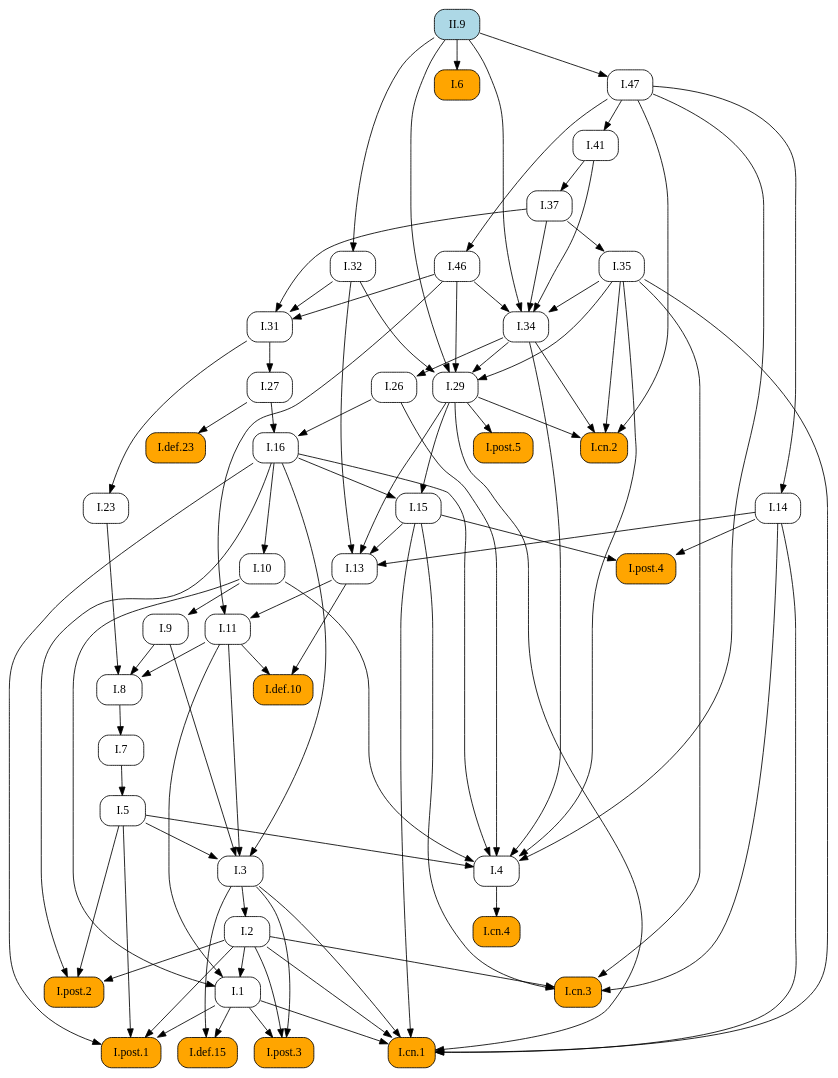
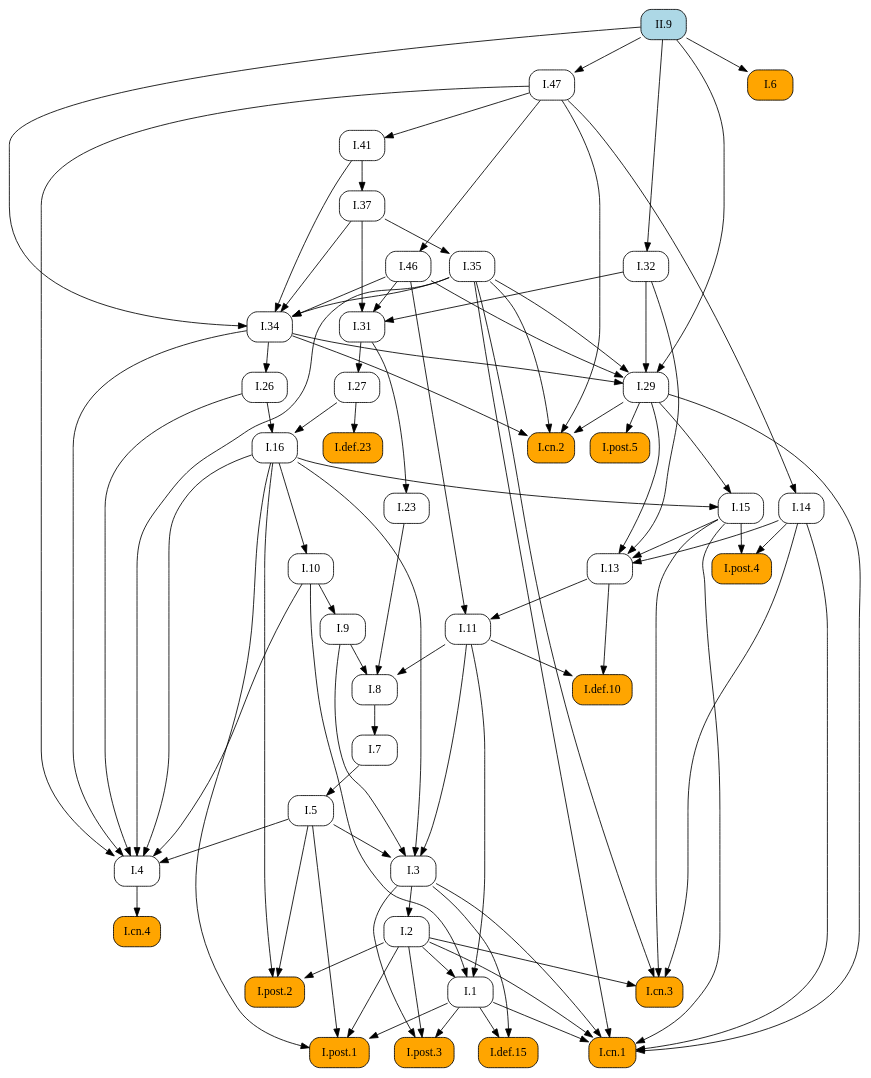
The diagram in docsrc/elements2/II/9/index.rst (geometor/elements), drawn with Graphviz before and after one commit. The commit also changed other lines of this file and 409 other files, not shown here.

First line of the commit message:
feat: Add image cropping and graphic extraction script

```diff
--- a/docsrc/elements2/II/9/index.rst
+++ b/docsrc/elements2/II/9/index.rst
@@ -130,92 +130,59 @@
    digraph {
      rankdir="TB";
      node [shape=box, style=rounded];
+     "I.37" [URL="/elements2/I/37/", target="_top"];
+     "I.31" [URL="/elements2/I/31/", target="_top"];
+     "I.41" [URL="/elements2/I/41/", target="_top"];
      "I.8" [URL="/elements2/I/8/", target="_top"];
+     "I.15" [URL="/elements2/I/15/", target="_top"];
+     "I.47" [URL="/elements2/I/47/", target="_top"];
+     "I.5" [URL="/elements2/I/5/", target="_top"];
+     "II.9" [style="rounded,filled", fillcolor=lightblue, URL="/elements2/II/9/", target="_top"];
+     "I.26" [URL="/elements2/I/26/", target="_top"];
+     "I.cn.1" [style="rounded,filled", fillcolor=orange, URL="/elements2/I/cn.1/", target="_top"];
      "I.32" [URL="/elements2/I/32/", target="_top"];
+     "I.7" [URL="/elements2/I/7/", target="_top"];
+     "I.23" [URL="/elements2/I/23/", target="_top"];
+     "I.16" [URL="/elements2/I/16/", target="_top"];
+     "I.35" [URL="/elements2/I/35/", target="_top"];
+     "I.34" [URL="/elements2/I/34/", target="_top"];
+     "I.6" [style="rounded,filled", fillcolor=orange, URL="/elements2/I/6/", target="_top"];
+     "I.def.15" [style="rounded,filled", fillcolor=orange, URL="/elements2/I/def.15/", target="_top"];
      "I.46" [URL="/elements2/I/46/", target="_top"];
-     "I.47" [URL="/elements2/I/47/", target="_top"];
+     "I.def.10" [style="rounded,filled", fillcolor=orange, URL="/elements2/I/def.10/", target="_top"];
+     "I.11" [URL="/elements2/I/11/", target="_top"];
+     "I.post.4" [style="rounded,filled", fillcolor=orange, URL="/elements2/I/post.4/", target="_top"];
+     "I.def.23" [style="rounded,filled", fillcolor=orange, URL="/elements2/I/def.23/", target="_top"];
+     "I.post.5" [style="rounded,filled", fillcolor=orange, URL="/elements2/I/post.5/", target="_top"];
+     "I.3" [URL="/elements2/I/3/", target="_top"];
      "I.14" [URL="/elements2/I/14/", target="_top"];
+     "I.10" [URL="/elements2/I/10/", target="_top"];
+     "I.cn.3" [style="rounded,filled", fillcolor=orange, URL="/elements2/I/cn.3/", target="_top"];
+     "I.13" [URL="/elements2/I/13/", target="_top"];
+     "I.4" [URL="/elements2/I/4/", target="_top"];
+     "I.post.3" [style="rounded,filled", fillcolor=orange, URL="/elements2/I/post.3/", target="_top"];
+     "I.9" [URL="/elements2/I/9/", target="_top"];
+     "I.29" [URL="/elements2/I/29/", target="_top"];
      "I.post.1" [style="rounded,filled", fillcolor=orange, URL="/elements2/I/post.1/", target="_top"];
-     "I.5" [URL="/elements2/I/5/", target="_top"];
-     "I.post.5" [style="rounded,filled", fillcolor=orange, URL="/elements2/I/post.5/", target="_top"];
-     "I.def.10" [style="rounded,filled", fillcolor=orange, URL="/elements2/I/def.10/", target="_top"];
-     "I.cn.2" [style="rounded,filled", fillcolor=orange, URL="/elements2/I/cn.2/", target="_top"];
-     "I.def.15" [style="rounded,filled", fillcolor=orange, URL="/elements2/I/def.15/", target="_top"];
-     "I.31" [URL="/elements2/I/31/", target="_top"];
-     "I.11" [URL="/elements2/I/11/", target="_top"];
-     "I.3" [URL="/elements2/I/3/", target="_top"];
-     "I.def.23" [style="rounded,filled", fillcolor=orange, URL="/elements2/I/def.23/", target="_top"];
-     "I.post.2" [style="rounded,filled", fillcolor=orange, URL="/elements2/I/post.2/", target="_top"];
-     "I.6" [style="rounded,filled", fillcolor=orange, URL="/elements2/I/6/", target="_top"];
-     "I.26" [URL="/elements2/I/26/", target="_top"];
-     "I.cn.3" [style="rounded,filled", fillcolor=orange, URL="/elements2/I/cn.3/", target="_top"];
-     "I.cn.4" [style="rounded,filled", fillcolor=orange, URL="/elements2/I/cn.4/", target="_top"];
-     "I.1" [URL="/elements2/I/1/", target="_top"];
-     "I.7" [URL="/elements2/I/7/", target="_top"];
-     "I.9" [URL="/elements2/I/9/", target="_top"];
-     "II.9" [style="rounded,filled", fillcolor=lightblue, URL="/elements2/II/9/", target="_top"];
-     "I.cn.1" [style="rounded,filled", fillcolor=orange, URL="/elements2/I/cn.1/", target="_top"];
-     "I.29" [URL="/elements2/I/29/", target="_top"];
-     "I.post.4" [style="rounded,filled", fillcolor=orange, URL="/elements2/I/post.4/", target="_top"];
-     "I.16" [URL="/elements2/I/16/", target="_top"];
-     "I.13" [URL="/elements2/I/13/", target="_top"];
-     "I.41" [URL="/elements2/I/41/", target="_top"];
-     "I.35" [URL="/elements2/I/35/", target="_top"];
      "I.2" [URL="/elements2/I/2/", target="_top"];
      "I.27" [URL="/elements2/I/27/", target="_top"];
-     "I.37" [URL="/elements2/I/37/", target="_top"];
-     "I.4" [URL="/elements2/I/4/", target="_top"];
-     "I.10" [URL="/elements2/I/10/", target="_top"];
-     "I.15" [URL="/elements2/I/15/", target="_top"];
-     "I.34" [URL="/elements2/I/34/", target="_top"];
-     "I.23" [URL="/elements2/I/23/", target="_top"];
-     "I.post.3" [style="rounded,filled", fillcolor=orange, URL="/elements2/I/post.3/", target="_top"];
+     "I.cn.4" [style="rounded,filled", fillcolor=orange, URL="/elements2/I/cn.4/", target="_top"];
+     "I.cn.2" [style="rounded,filled", fillcolor=orange, URL="/elements2/I/cn.2/", target="_top"];
+     "I.1" [URL="/elements2/I/1/", target="_top"];
+     "I.post.2" [style="rounded,filled", fillcolor=orange, URL="/elements2/I/post.2/", target="_top"];
+     "I.41" -> "I.37";
+     "I.32" -> "I.31";
+     "I.37" -> "I.31";
+     "I.46" -> "I.31";
+     "I.47" -> "I.41";
      "I.9" -> "I.8";
      "I.11" -> "I.8";
      "I.23" -> "I.8";
-     "II.9" -> "I.32";
-     "I.47" -> "I.46";
+     "I.16" -> "I.15";
+     "I.29" -> "I.15";
      "II.9" -> "I.47";
-     "I.47" -> "I.14";
-     "I.1" -> "I.post.1";
-     "I.2" -> "I.post.1";
-     "I.5" -> "I.post.1";
-     "I.16" -> "I.post.1";
      "I.7" -> "I.5";
-     "I.29" -> "I.post.5";
-     "I.11" -> "I.def.10";
-     "I.13" -> "I.def.10";
-     "I.29" -> "I.cn.2";
-     "I.34" -> "I.cn.2";
-     "I.35" -> "I.cn.2";
-     "I.47" -> "I.cn.2";
-     "I.1" -> "I.def.15";
-     "I.3" -> "I.def.15";
-     "I.32" -> "I.31";
-     "I.37" -> "I.31";
-     "I.46" -> "I.31";
-     "I.13" -> "I.11";
-     "I.46" -> "I.11";
-     "I.5" -> "I.3";
-     "I.9" -> "I.3";
-     "I.11" -> "I.3";
-     "I.16" -> "I.3";
-     "I.27" -> "I.def.23";
-     "I.2" -> "I.post.2";
-     "I.5" -> "I.post.2";
-     "I.16" -> "I.post.2";
-     "II.9" -> "I.6";
      "I.34" -> "I.26";
-     "I.2" -> "I.cn.3";
-     "I.14" -> "I.cn.3";
-     "I.15" -> "I.cn.3";
-     "I.35" -> "I.cn.3";
-     "I.4" -> "I.cn.4";
-     "I.2" -> "I.1";
-     "I.10" -> "I.1";
-     "I.11" -> "I.1";
-     "I.8" -> "I.7";
-     "I.10" -> "I.9";
      "I.1" -> "I.cn.1";
      "I.2" -> "I.cn.1";
      "I.3" -> "I.cn.1";
@@ -223,24 +190,43 @@
      "I.15" -> "I.cn.1";
      "I.29" -> "I.cn.1";
      "I.35" -> "I.cn.1";
-     "I.32" -> "I.29";
-     "I.34" -> "I.29";
-     "I.35" -> "I.29";
-     "I.46" -> "I.29";
-     "II.9" -> "I.29";
+     "II.9" -> "I.32";
+     "I.8" -> "I.7";
+     "I.31" -> "I.23";
+     "I.26" -> "I.16";
+     "I.27" -> "I.16";
+     "I.37" -> "I.35";
+     "I.35" -> "I.34";
+     "I.37" -> "I.34";
+     "I.41" -> "I.34";
+     "I.46" -> "I.34";
+     "II.9" -> "I.34";
+     "II.9" -> "I.6";
+     "I.1" -> "I.def.15";
+     "I.3" -> "I.def.15";
+     "I.47" -> "I.46";
+     "I.11" -> "I.def.10";
+     "I.13" -> "I.def.10";
+     "I.13" -> "I.11";
+     "I.46" -> "I.11";
      "I.14" -> "I.post.4";
      "I.15" -> "I.post.4";
-     "I.26" -> "I.16";
-     "I.27" -> "I.16";
+     "I.27" -> "I.def.23";
+     "I.29" -> "I.post.5";
+     "I.5" -> "I.3";
+     "I.9" -> "I.3";
+     "I.11" -> "I.3";
+     "I.16" -> "I.3";
+     "I.47" -> "I.14";
+     "I.16" -> "I.10";
+     "I.2" -> "I.cn.3";
+     "I.14" -> "I.cn.3";
+     "I.15" -> "I.cn.3";
+     "I.35" -> "I.cn.3";
      "I.14" -> "I.13";
      "I.15" -> "I.13";
      "I.29" -> "I.13";
      "I.32" -> "I.13";
-     "I.47" -> "I.41";
-     "I.37" -> "I.35";
-     "I.3" -> "I.2";
-     "I.31" -> "I.27";
-     "I.41" -> "I.37";
      "I.5" -> "I.4";
      "I.10" -> "I.4";
      "I.16" -> "I.4";
@@ -248,16 +234,30 @@
      "I.34" -> "I.4";
      "I.35" -> "I.4";
      "I.47" -> "I.4";
-     "I.16" -> "I.10";
-     "I.16" -> "I.15";
-     "I.29" -> "I.15";
-     "I.35" -> "I.34";
-     "I.37" -> "I.34";
-     "I.41" -> "I.34";
-     "I.46" -> "I.34";
-     "II.9" -> "I.34";
-     "I.31" -> "I.23";
      "I.1" -> "I.post.3";
      "I.2" -> "I.post.3";
      "I.3" -> "I.post.3";
+     "I.10" -> "I.9";
+     "I.32" -> "I.29";
+     "I.34" -> "I.29";
+     "I.35" -> "I.29";
+     "I.46" -> "I.29";
+     "II.9" -> "I.29";
+     "I.1" -> "I.post.1";
+     "I.2" -> "I.post.1";
+     "I.5" -> "I.post.1";
+     "I.16" -> "I.post.1";
+     "I.3" -> "I.2";
+     "I.31" -> "I.27";
+     "I.4" -> "I.cn.4";
+     "I.29" -> "I.cn.2";
+     "I.34" -> "I.cn.2";
+     "I.35" -> "I.cn.2";
+     "I.47" -> "I.cn.2";
+     "I.2" -> "I.1";
+     "I.10" -> "I.1";
+     "I.11" -> "I.1";
+     "I.2" -> "I.post.2";
+     "I.5" -> "I.post.2";
+     "I.16" -> "I.post.2";
    }
```
